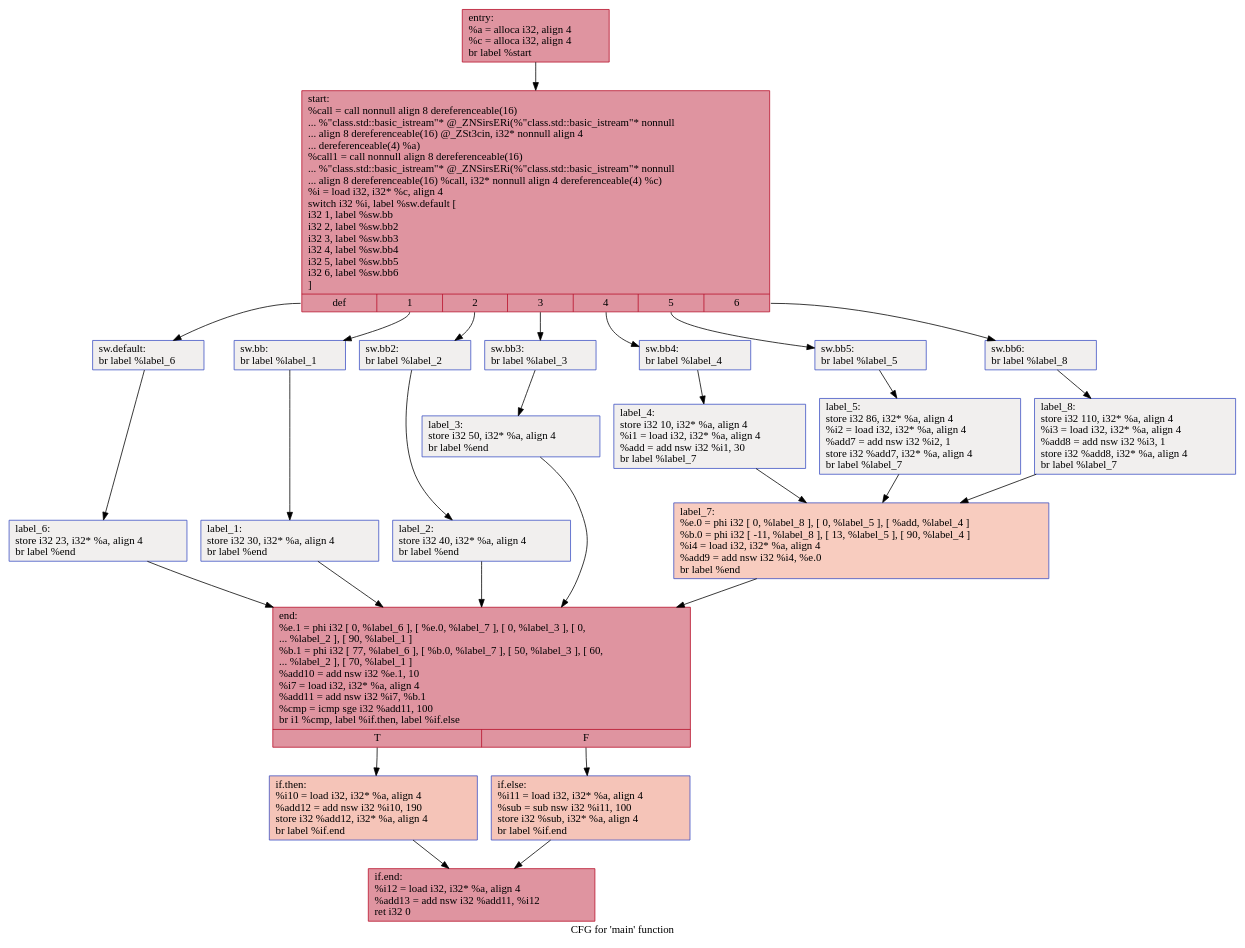
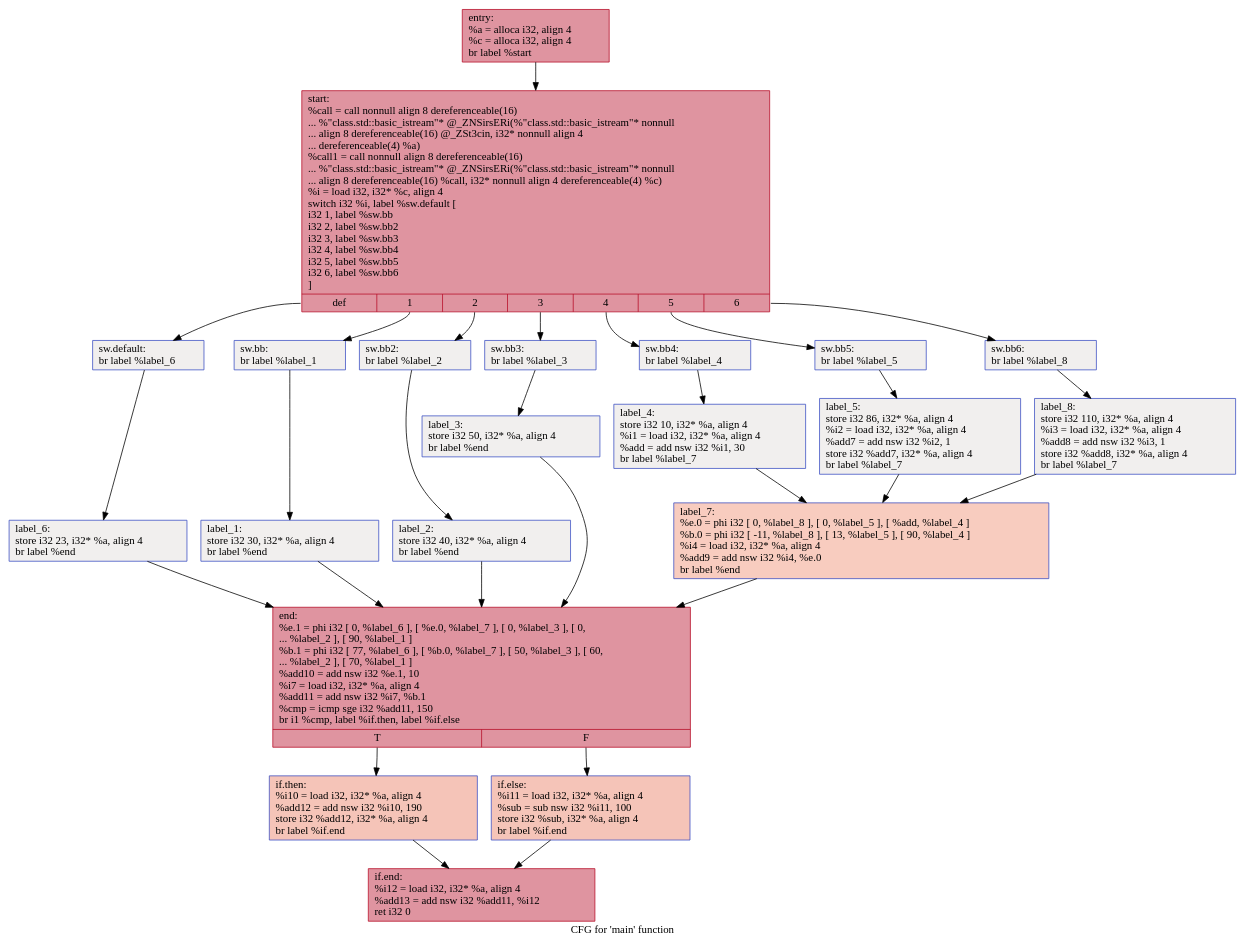
One commit to HPSSA-LLVM/HPSSA-LLVM changed the diagram in IR/cfg/baseline.dot. Above: the diagram before and after it, drawn with Graphviz. The commit also changed 16 other files, not shown here.

```diff
--- a/IR/cfg/baseline.dot
+++ b/IR/cfg/baseline.dot
@@ -1,52 +1,52 @@
 digraph "CFG for 'main' function" {
 	label="CFG for 'main' function";
 
-	Node0x55a2cc66c4e0 [shape=record,color="#b70d28ff", style=filled, fillcolor="#b70d2870",label="{entry:\l  %a = alloca i32, align 4\l  %c = alloca i32, align 4\l  br label %start\l}"];
-	Node0x55a2cc66c4e0 -> Node0x55a2cc66c730;
-	Node0x55a2cc66c730 [shape=record,color="#b70d28ff", style=filled, fillcolor="#b70d2870",label="{start:                                            \l  %call = call nonnull align 8 dereferenceable(16)\l... %\"class.std::basic_istream\"* @_ZNSirsERi(%\"class.std::basic_istream\"* nonnull\l... align 8 dereferenceable(16) @_ZSt3cin, i32* nonnull align 4\l... dereferenceable(4) %a)\l  %call1 = call nonnull align 8 dereferenceable(16)\l... %\"class.std::basic_istream\"* @_ZNSirsERi(%\"class.std::basic_istream\"* nonnull\l... align 8 dereferenceable(16) %call, i32* nonnull align 4 dereferenceable(4) %c)\l  %i = load i32, i32* %c, align 4\l  switch i32 %i, label %sw.default [\l    i32 1, label %sw.bb\l    i32 2, label %sw.bb2\l    i32 3, label %sw.bb3\l    i32 4, label %sw.bb4\l    i32 5, label %sw.bb5\l    i32 6, label %sw.bb6\l  ]\l|{<s0>def|<s1>1|<s2>2|<s3>3|<s4>4|<s5>5|<s6>6}}"];
-	Node0x55a2cc66c730:s0 -> Node0x55a2cc66cbc0;
-	Node0x55a2cc66c730:s1 -> Node0x55a2cc66cca0;
-	Node0x55a2cc66c730:s2 -> Node0x55a2cc66cda0;
-	Node0x55a2cc66c730:s3 -> Node0x55a2cc66cea0;
-	Node0x55a2cc66c730:s4 -> Node0x55a2cc66cfa0;
-	Node0x55a2cc66c730:s5 -> Node0x55a2cc66d0a0;
-	Node0x55a2cc66c730:s6 -> Node0x55a2cc66d340;
-	Node0x55a2cc66cca0 [shape=record,color="#3d50c3ff", style=filled, fillcolor="#e0dbd870",label="{sw.bb:                                            \l  br label %label_1\l}"];
-	Node0x55a2cc66cca0 -> Node0x55a2cc66d630;
-	Node0x55a2cc66cda0 [shape=record,color="#3d50c3ff", style=filled, fillcolor="#e0dbd870",label="{sw.bb2:                                           \l  br label %label_2\l}"];
-	Node0x55a2cc66cda0 -> Node0x55a2cc66d710;
-	Node0x55a2cc66cea0 [shape=record,color="#3d50c3ff", style=filled, fillcolor="#e0dbd870",label="{sw.bb3:                                           \l  br label %label_3\l}"];
-	Node0x55a2cc66cea0 -> Node0x55a2cc66d7f0;
-	Node0x55a2cc66cfa0 [shape=record,color="#3d50c3ff", style=filled, fillcolor="#e0dbd870",label="{sw.bb4:                                           \l  br label %label_4\l}"];
-	Node0x55a2cc66cfa0 -> Node0x55a2cc66d8d0;
-	Node0x55a2cc66d0a0 [shape=record,color="#3d50c3ff", style=filled, fillcolor="#e0dbd870",label="{sw.bb5:                                           \l  br label %label_5\l}"];
-	Node0x55a2cc66d0a0 -> Node0x55a2cc66d9b0;
-	Node0x55a2cc66d340 [shape=record,color="#3d50c3ff", style=filled, fillcolor="#e0dbd870",label="{sw.bb6:                                           \l  br label %label_8\l}"];
-	Node0x55a2cc66d340 -> Node0x55a2cc66da90;
-	Node0x55a2cc66cbc0 [shape=record,color="#3d50c3ff", style=filled, fillcolor="#e0dbd870",label="{sw.default:                                       \l  br label %label_6\l}"];
-	Node0x55a2cc66cbc0 -> Node0x55a2cc66db70;
-	Node0x55a2cc66d630 [shape=record,color="#3d50c3ff", style=filled, fillcolor="#e0dbd870",label="{label_1:                                          \l  store i32 30, i32* %a, align 4\l  br label %end\l}"];
-	Node0x55a2cc66d630 -> Node0x55a2cc66dd10;
-	Node0x55a2cc66d710 [shape=record,color="#3d50c3ff", style=filled, fillcolor="#e0dbd870",label="{label_2:                                          \l  store i32 40, i32* %a, align 4\l  br label %end\l}"];
-	Node0x55a2cc66d710 -> Node0x55a2cc66dd10;
-	Node0x55a2cc66d7f0 [shape=record,color="#3d50c3ff", style=filled, fillcolor="#e0dbd870",label="{label_3:                                          \l  store i32 50, i32* %a, align 4\l  br label %end\l}"];
-	Node0x55a2cc66d7f0 -> Node0x55a2cc66dd10;
-	Node0x55a2cc66d8d0 [shape=record,color="#3d50c3ff", style=filled, fillcolor="#e0dbd870",label="{label_4:                                          \l  store i32 10, i32* %a, align 4\l  %i1 = load i32, i32* %a, align 4\l  %add = add nsw i32 %i1, 30\l  br label %label_7\l}"];
-	Node0x55a2cc66d8d0 -> Node0x55a2cc66e250;
-	Node0x55a2cc66d9b0 [shape=record,color="#3d50c3ff", style=filled, fillcolor="#e0dbd870",label="{label_5:                                          \l  store i32 86, i32* %a, align 4\l  %i2 = load i32, i32* %a, align 4\l  %add7 = add nsw i32 %i2, 1\l  store i32 %add7, i32* %a, align 4\l  br label %label_7\l}"];
-	Node0x55a2cc66d9b0 -> Node0x55a2cc66e250;
-	Node0x55a2cc66da90 [shape=record,color="#3d50c3ff", style=filled, fillcolor="#e0dbd870",label="{label_8:                                          \l  store i32 110, i32* %a, align 4\l  %i3 = load i32, i32* %a, align 4\l  %add8 = add nsw i32 %i3, 1\l  store i32 %add8, i32* %a, align 4\l  br label %label_7\l}"];
-	Node0x55a2cc66da90 -> Node0x55a2cc66e250;
-	Node0x55a2cc66e250 [shape=record,color="#3d50c3ff", style=filled, fillcolor="#f08b6e70",label="{label_7:                                          \l  %e.0 = phi i32 [ 0, %label_8 ], [ 0, %label_5 ], [ %add, %label_4 ]\l  %b.0 = phi i32 [ -11, %label_8 ], [ 13, %label_5 ], [ 90, %label_4 ]\l  %i4 = load i32, i32* %a, align 4\l  %add9 = add nsw i32 %i4, %e.0\l  br label %end\l}"];
-	Node0x55a2cc66e250 -> Node0x55a2cc66dd10;
-	Node0x55a2cc66db70 [shape=record,color="#3d50c3ff", style=filled, fillcolor="#e0dbd870",label="{label_6:                                          \l  store i32 23, i32* %a, align 4\l  br label %end\l}"];
-	Node0x55a2cc66db70 -> Node0x55a2cc66dd10;
-	Node0x55a2cc66dd10 [shape=record,color="#b70d28ff", style=filled, fillcolor="#b70d2870",label="{end:                                              \l  %e.1 = phi i32 [ 0, %label_6 ], [ %e.0, %label_7 ], [ 0, %label_3 ], [ 0,\l... %label_2 ], [ 90, %label_1 ]\l  %b.1 = phi i32 [ 77, %label_6 ], [ %b.0, %label_7 ], [ 50, %label_3 ], [ 60,\l... %label_2 ], [ 70, %label_1 ]\l  %add10 = add nsw i32 %e.1, 10\l  %i7 = load i32, i32* %a, align 4\l  %add11 = add nsw i32 %i7, %b.1\l  %cmp = icmp sge i32 %add11, 100\l  br i1 %cmp, label %if.then, label %if.else\l|{<s0>T|<s1>F}}"];
-	Node0x55a2cc66dd10:s0 -> Node0x55a2cc66ff90;
-	Node0x55a2cc66dd10:s1 -> Node0x55a2cc670000;
-	Node0x55a2cc66ff90 [shape=record,color="#3d50c3ff", style=filled, fillcolor="#e97a5f70",label="{if.then:                                          \l  %i10 = load i32, i32* %a, align 4\l  %add12 = add nsw i32 %i10, 190\l  store i32 %add12, i32* %a, align 4\l  br label %if.end\l}"];
-	Node0x55a2cc66ff90 -> Node0x55a2cc670320;
-	Node0x55a2cc670000 [shape=record,color="#3d50c3ff", style=filled, fillcolor="#e97a5f70",label="{if.else:                                          \l  %i11 = load i32, i32* %a, align 4\l  %sub = sub nsw i32 %i11, 100\l  store i32 %sub, i32* %a, align 4\l  br label %if.end\l}"];
-	Node0x55a2cc670000 -> Node0x55a2cc670320;
-	Node0x55a2cc670320 [shape=record,color="#b70d28ff", style=filled, fillcolor="#b70d2870",label="{if.end:                                           \l  %i12 = load i32, i32* %a, align 4\l  %add13 = add nsw i32 %add11, %i12\l  ret i32 0\l}"];
+	Node0x55e8e564b4e0 [shape=record,color="#b70d28ff", style=filled, fillcolor="#b70d2870",label="{entry:\l  %a = alloca i32, align 4\l  %c = alloca i32, align 4\l  br label %start\l}"];
+	Node0x55e8e564b4e0 -> Node0x55e8e564b730;
+	Node0x55e8e564b730 [shape=record,color="#b70d28ff", style=filled, fillcolor="#b70d2870",label="{start:                                            \l  %call = call nonnull align 8 dereferenceable(16)\l... %\"class.std::basic_istream\"* @_ZNSirsERi(%\"class.std::basic_istream\"* nonnull\l... align 8 dereferenceable(16) @_ZSt3cin, i32* nonnull align 4\l... dereferenceable(4) %a)\l  %call1 = call nonnull align 8 dereferenceable(16)\l... %\"class.std::basic_istream\"* @_ZNSirsERi(%\"class.std::basic_istream\"* nonnull\l... align 8 dereferenceable(16) %call, i32* nonnull align 4 dereferenceable(4) %c)\l  %i = load i32, i32* %c, align 4\l  switch i32 %i, label %sw.default [\l    i32 1, label %sw.bb\l    i32 2, label %sw.bb2\l    i32 3, label %sw.bb3\l    i32 4, label %sw.bb4\l    i32 5, label %sw.bb5\l    i32 6, label %sw.bb6\l  ]\l|{<s0>def|<s1>1|<s2>2|<s3>3|<s4>4|<s5>5|<s6>6}}"];
+	Node0x55e8e564b730:s0 -> Node0x55e8e564bbc0;
+	Node0x55e8e564b730:s1 -> Node0x55e8e564bca0;
+	Node0x55e8e564b730:s2 -> Node0x55e8e564bda0;
+	Node0x55e8e564b730:s3 -> Node0x55e8e564bea0;
+	Node0x55e8e564b730:s4 -> Node0x55e8e564bfa0;
+	Node0x55e8e564b730:s5 -> Node0x55e8e564c0a0;
+	Node0x55e8e564b730:s6 -> Node0x55e8e564c340;
+	Node0x55e8e564bca0 [shape=record,color="#3d50c3ff", style=filled, fillcolor="#e0dbd870",label="{sw.bb:                                            \l  br label %label_1\l}"];
+	Node0x55e8e564bca0 -> Node0x55e8e564c630;
+	Node0x55e8e564bda0 [shape=record,color="#3d50c3ff", style=filled, fillcolor="#e0dbd870",label="{sw.bb2:                                           \l  br label %label_2\l}"];
+	Node0x55e8e564bda0 -> Node0x55e8e564c710;
+	Node0x55e8e564bea0 [shape=record,color="#3d50c3ff", style=filled, fillcolor="#e0dbd870",label="{sw.bb3:                                           \l  br label %label_3\l}"];
+	Node0x55e8e564bea0 -> Node0x55e8e564c7f0;
+	Node0x55e8e564bfa0 [shape=record,color="#3d50c3ff", style=filled, fillcolor="#e0dbd870",label="{sw.bb4:                                           \l  br label %label_4\l}"];
+	Node0x55e8e564bfa0 -> Node0x55e8e564c8d0;
+	Node0x55e8e564c0a0 [shape=record,color="#3d50c3ff", style=filled, fillcolor="#e0dbd870",label="{sw.bb5:                                           \l  br label %label_5\l}"];
+	Node0x55e8e564c0a0 -> Node0x55e8e564c9b0;
+	Node0x55e8e564c340 [shape=record,color="#3d50c3ff", style=filled, fillcolor="#e0dbd870",label="{sw.bb6:                                           \l  br label %label_8\l}"];
+	Node0x55e8e564c340 -> Node0x55e8e564ca90;
+	Node0x55e8e564bbc0 [shape=record,color="#3d50c3ff", style=filled, fillcolor="#e0dbd870",label="{sw.default:                                       \l  br label %label_6\l}"];
+	Node0x55e8e564bbc0 -> Node0x55e8e564cb70;
+	Node0x55e8e564c630 [shape=record,color="#3d50c3ff", style=filled, fillcolor="#e0dbd870",label="{label_1:                                          \l  store i32 30, i32* %a, align 4\l  br label %end\l}"];
+	Node0x55e8e564c630 -> Node0x55e8e564cd10;
+	Node0x55e8e564c710 [shape=record,color="#3d50c3ff", style=filled, fillcolor="#e0dbd870",label="{label_2:                                          \l  store i32 40, i32* %a, align 4\l  br label %end\l}"];
+	Node0x55e8e564c710 -> Node0x55e8e564cd10;
+	Node0x55e8e564c7f0 [shape=record,color="#3d50c3ff", style=filled, fillcolor="#e0dbd870",label="{label_3:                                          \l  store i32 50, i32* %a, align 4\l  br label %end\l}"];
+	Node0x55e8e564c7f0 -> Node0x55e8e564cd10;
+	Node0x55e8e564c8d0 [shape=record,color="#3d50c3ff", style=filled, fillcolor="#e0dbd870",label="{label_4:                                          \l  store i32 10, i32* %a, align 4\l  %i1 = load i32, i32* %a, align 4\l  %add = add nsw i32 %i1, 30\l  br label %label_7\l}"];
+	Node0x55e8e564c8d0 -> Node0x55e8e564d250;
+	Node0x55e8e564c9b0 [shape=record,color="#3d50c3ff", style=filled, fillcolor="#e0dbd870",label="{label_5:                                          \l  store i32 86, i32* %a, align 4\l  %i2 = load i32, i32* %a, align 4\l  %add7 = add nsw i32 %i2, 1\l  store i32 %add7, i32* %a, align 4\l  br label %label_7\l}"];
+	Node0x55e8e564c9b0 -> Node0x55e8e564d250;
+	Node0x55e8e564ca90 [shape=record,color="#3d50c3ff", style=filled, fillcolor="#e0dbd870",label="{label_8:                                          \l  store i32 110, i32* %a, align 4\l  %i3 = load i32, i32* %a, align 4\l  %add8 = add nsw i32 %i3, 1\l  store i32 %add8, i32* %a, align 4\l  br label %label_7\l}"];
+	Node0x55e8e564ca90 -> Node0x55e8e564d250;
+	Node0x55e8e564d250 [shape=record,color="#3d50c3ff", style=filled, fillcolor="#f08b6e70",label="{label_7:                                          \l  %e.0 = phi i32 [ 0, %label_8 ], [ 0, %label_5 ], [ %add, %label_4 ]\l  %b.0 = phi i32 [ -11, %label_8 ], [ 13, %label_5 ], [ 90, %label_4 ]\l  %i4 = load i32, i32* %a, align 4\l  %add9 = add nsw i32 %i4, %e.0\l  br label %end\l}"];
+	Node0x55e8e564d250 -> Node0x55e8e564cd10;
+	Node0x55e8e564cb70 [shape=record,color="#3d50c3ff", style=filled, fillcolor="#e0dbd870",label="{label_6:                                          \l  store i32 23, i32* %a, align 4\l  br label %end\l}"];
+	Node0x55e8e564cb70 -> Node0x55e8e564cd10;
+	Node0x55e8e564cd10 [shape=record,color="#b70d28ff", style=filled, fillcolor="#b70d2870",label="{end:                                              \l  %e.1 = phi i32 [ 0, %label_6 ], [ %e.0, %label_7 ], [ 0, %label_3 ], [ 0,\l... %label_2 ], [ 90, %label_1 ]\l  %b.1 = phi i32 [ 77, %label_6 ], [ %b.0, %label_7 ], [ 50, %label_3 ], [ 60,\l... %label_2 ], [ 70, %label_1 ]\l  %add10 = add nsw i32 %e.1, 10\l  %i7 = load i32, i32* %a, align 4\l  %add11 = add nsw i32 %i7, %b.1\l  %cmp = icmp sge i32 %add11, 150\l  br i1 %cmp, label %if.then, label %if.else\l|{<s0>T|<s1>F}}"];
+	Node0x55e8e564cd10:s0 -> Node0x55e8e564ef90;
+	Node0x55e8e564cd10:s1 -> Node0x55e8e564f000;
+	Node0x55e8e564ef90 [shape=record,color="#3d50c3ff", style=filled, fillcolor="#e97a5f70",label="{if.then:                                          \l  %i10 = load i32, i32* %a, align 4\l  %add12 = add nsw i32 %i10, 190\l  store i32 %add12, i32* %a, align 4\l  br label %if.end\l}"];
+	Node0x55e8e564ef90 -> Node0x55e8e564f320;
+	Node0x55e8e564f000 [shape=record,color="#3d50c3ff", style=filled, fillcolor="#e97a5f70",label="{if.else:                                          \l  %i11 = load i32, i32* %a, align 4\l  %sub = sub nsw i32 %i11, 100\l  store i32 %sub, i32* %a, align 4\l  br label %if.end\l}"];
+	Node0x55e8e564f000 -> Node0x55e8e564f320;
+	Node0x55e8e564f320 [shape=record,color="#b70d28ff", style=filled, fillcolor="#b70d2870",label="{if.end:                                           \l  %i12 = load i32, i32* %a, align 4\l  %add13 = add nsw i32 %add11, %i12\l  ret i32 0\l}"];
 }
```
